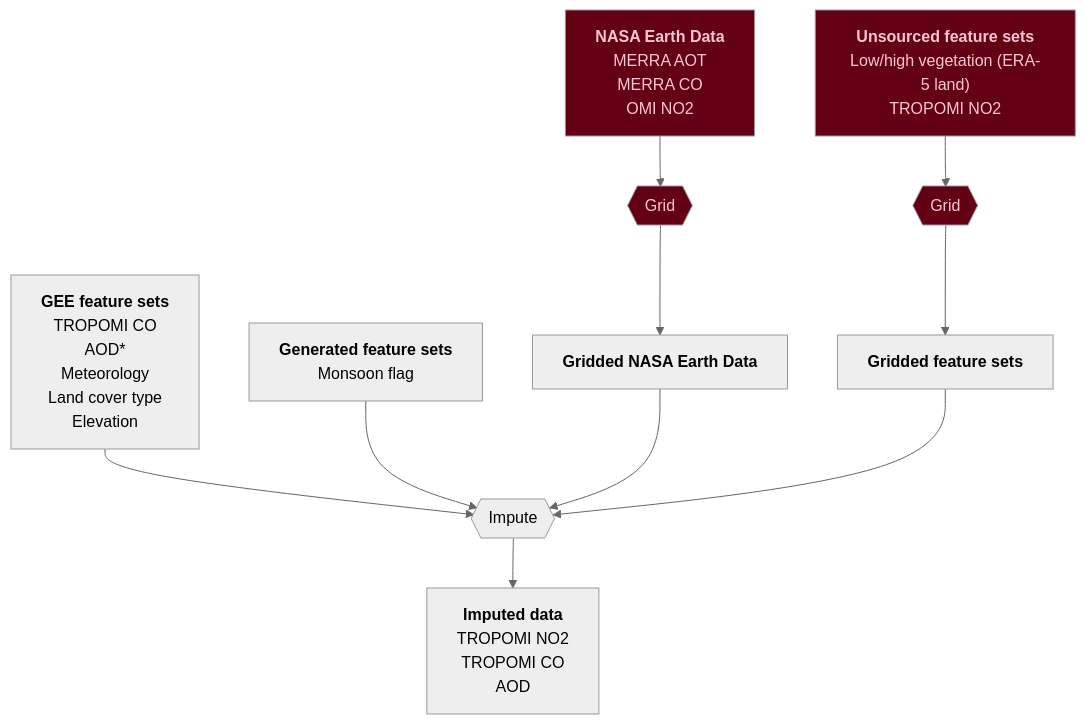
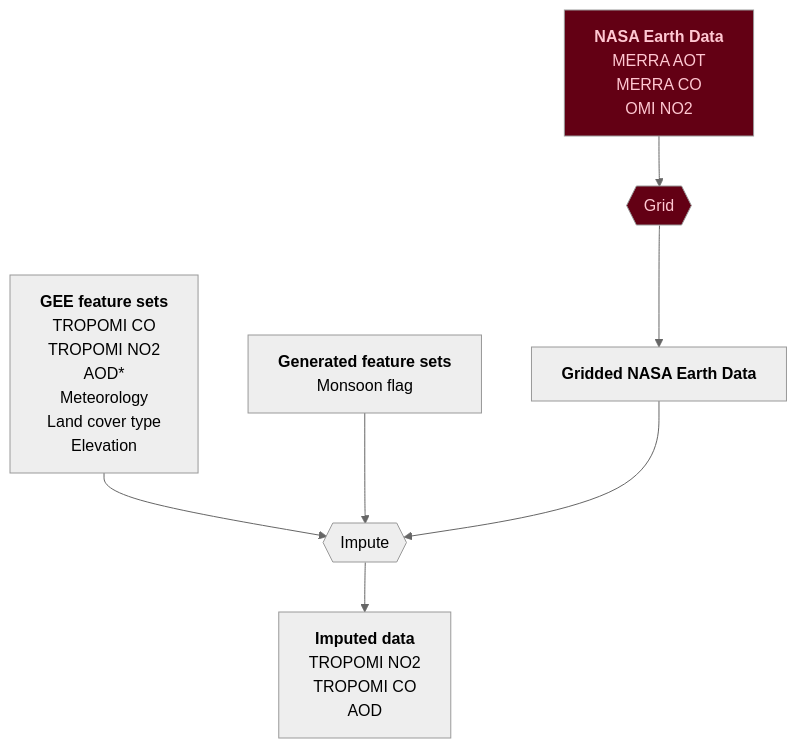
Before and after one commit to energyandcleanair/india_map: the second of 3 diagrams in README.md, drawn with Mermaid (neutral theme). The commit also changed other lines of this file, not shown here.

Commit message:
Update diagrams, unknown features sources clarified

````diff
--- a/README.md
+++ b/README.md
@@ -52,66 +52,54 @@
 ```mermaid
 %%{init: {"flowchart": {"htmlLabels": false}} }%%
 flowchart TB
   direction TB
 
   to_impute["`
     **NASA Earth Data**
     MERRA AOT
     MERRA CO
     OMI NO2
   `"]
   grid_to_impute{{"Grid"}}
   gridded_to_impute["`
     **Gridded NASA Earth Data**
   `"]
 
   gee_feature_sets["`
     **GEE feature sets**
     TROPOMI CO
+    TROPOMI NO2
     AOD*
     Meteorology
     Land cover type
     Elevation
-  `"]
-
-
-  feature_sets["`
-    **Unsourced feature sets**
-    Low/high vegetation (ERA-5 land)
-    TROPOMI NO2
-  `"]
-  grid_feature_sets{{"Grid"}}
-  gridded_feature_sets["`
-    **Gridded feature sets**
   `"]
 
   generated_feature_sets["`
     **Generated feature sets**
     Monsoon flag
   `"]
 
   imputation{{Impute}}
 
   imputed_data["`
     **Imputed data**
     TROPOMI NO2
     TROPOMI CO
     AOD
   `"]
 
   to_impute --> grid_to_impute --> gridded_to_impute
 
-  feature_sets --> grid_feature_sets --> gridded_feature_sets
-
   gee_feature_sets --> imputation
   generated_feature_sets --> imputation
   gridded_to_impute --> imputation
-  gridded_feature_sets --> imputation
+
 
   imputation --> imputed_data
 
   classDef missing fill:#630014,color:#ffc7d2;
 
   class to_impute,grid_to_impute,feature_sets,grid_feature_sets missing
 
 ```
````
